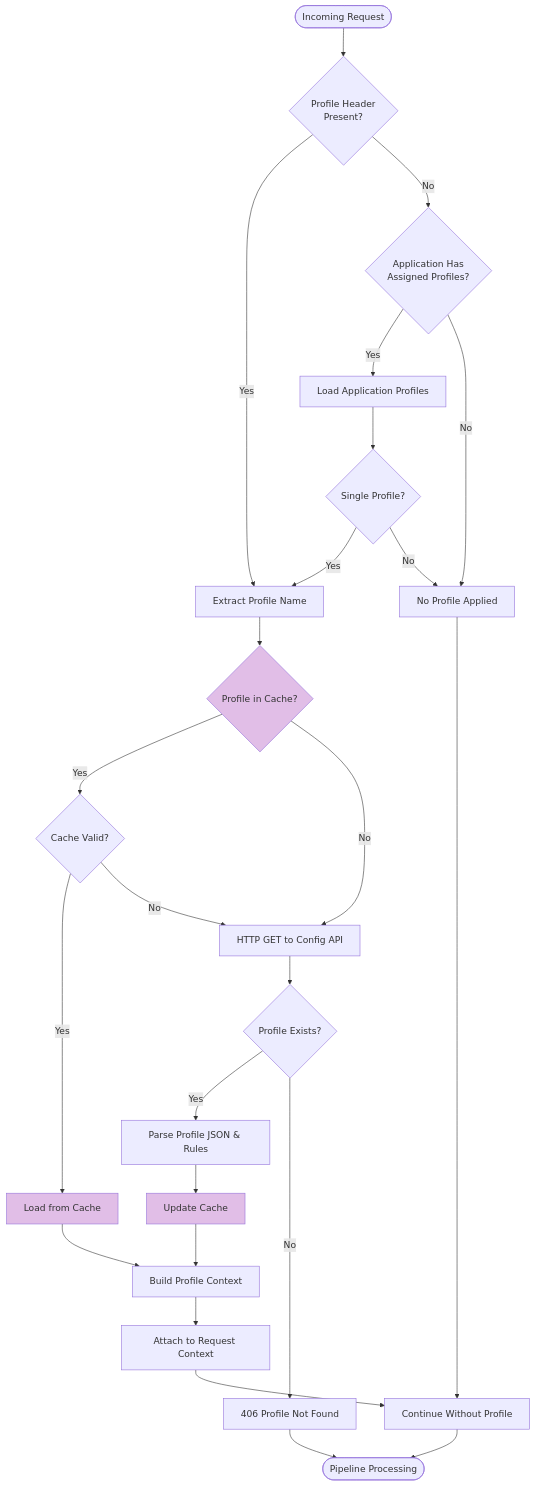
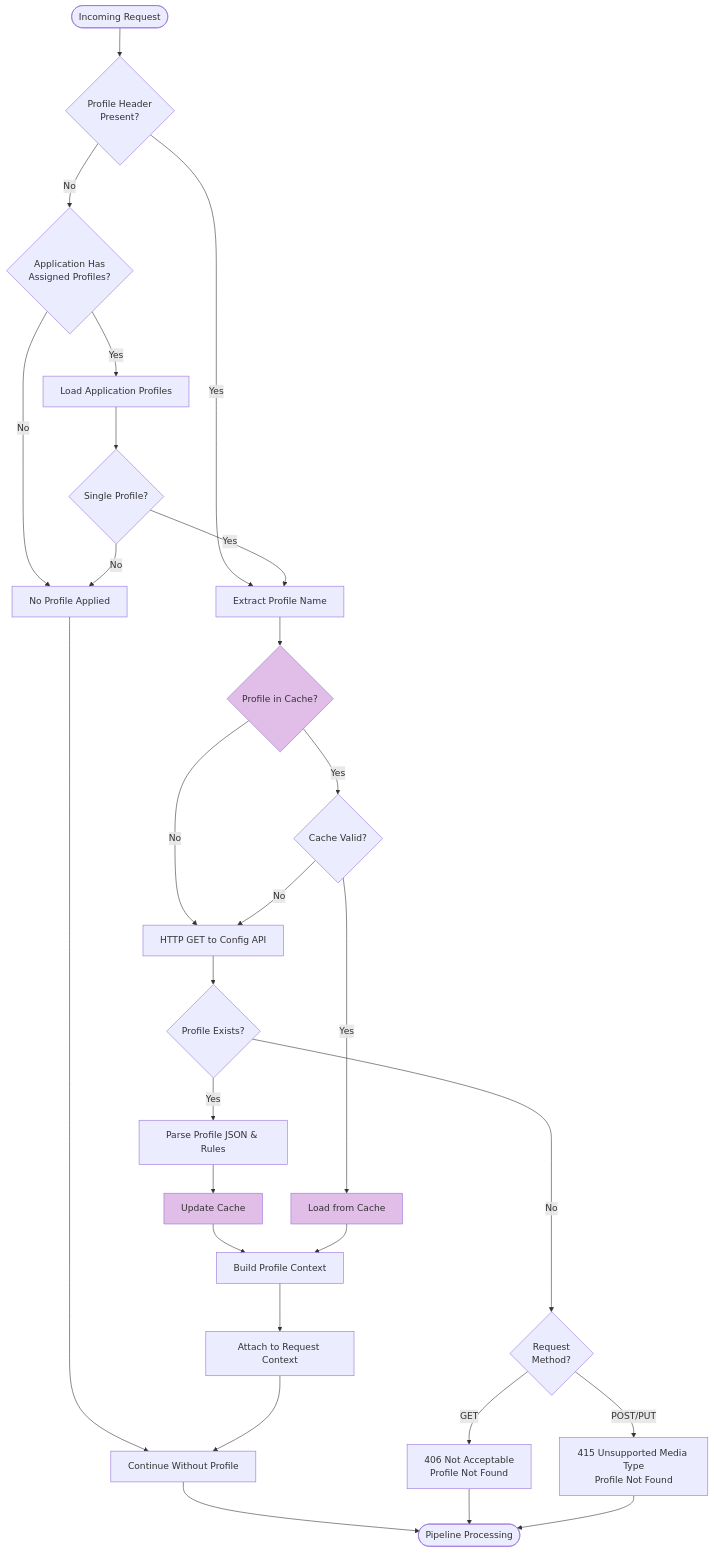
The fourth of 5 diagrams in docs/Profiles/API-PROFILES-DESIGN.md (Ed-Fi-Alliance-OSS/Data-Management-Service), drawn with Mermaid before and after one commit. The commit also changed other lines of this file, not shown here.

````diff
--- a/docs/Profiles/API-PROFILES-DESIGN.md
+++ b/docs/Profiles/API-PROFILES-DESIGN.md
@@ -528,40 +532,44 @@
 ```mermaid
 flowchart TD
     Start([Incoming Request]) --> CheckHeader{Profile Header<br/>Present?}
     CheckHeader -->|Yes| ExtractName[Extract Profile Name]
     CheckHeader -->|No| CheckApp{Application Has<br/>Assigned Profiles?}
     
     CheckApp -->|Yes| LoadApp[Load Application Profiles]
     CheckApp -->|No| NoProfile[No Profile Applied]
     
     LoadApp --> SingleProfile{Single Profile?}
     SingleProfile -->|Yes| ExtractName
     SingleProfile -->|No| NoProfile
     
     ExtractName --> LookupCache{Profile in Cache?}
     
     LookupCache -->|Yes| ValidateCache{Cache Valid?}
     LookupCache -->|No| CallConfigAPI[HTTP GET to Config API]
     
     ValidateCache -->|Yes| LoadFromCache[Load from Cache]
     ValidateCache -->|No| CallConfigAPI
     
     CallConfigAPI --> ProfileExists{Profile Exists?}
     ProfileExists -->|Yes| LoadProfile[Parse Profile JSON & Rules]
-    ProfileExists -->|No| Error406[406 Profile Not Found]
+    ProfileExists -->|No| CheckMethod{Request<br/>Method?}
+    
+    CheckMethod -->|GET| Error406[406 Not Acceptable<br/>Profile Not Found]
+    CheckMethod -->|POST/PUT| Error415[415 Unsupported Media Type<br/>Profile Not Found]
     
     LoadProfile --> UpdateCache[Update Cache]
     UpdateCache --> BuildContext[Build Profile Context]
     LoadFromCache --> BuildContext
     
     BuildContext --> AttachToPipeline[Attach to Request Context]
     NoProfile --> Continue[Continue Without Profile]
     AttachToPipeline --> Continue
     Continue --> End([Pipeline Processing])
     
     Error406 --> End
+    Error415 --> End
     
     style LookupCache fill:#e1bee7
     style UpdateCache fill:#e1bee7
     style LoadFromCache fill:#e1bee7
 ```
````
